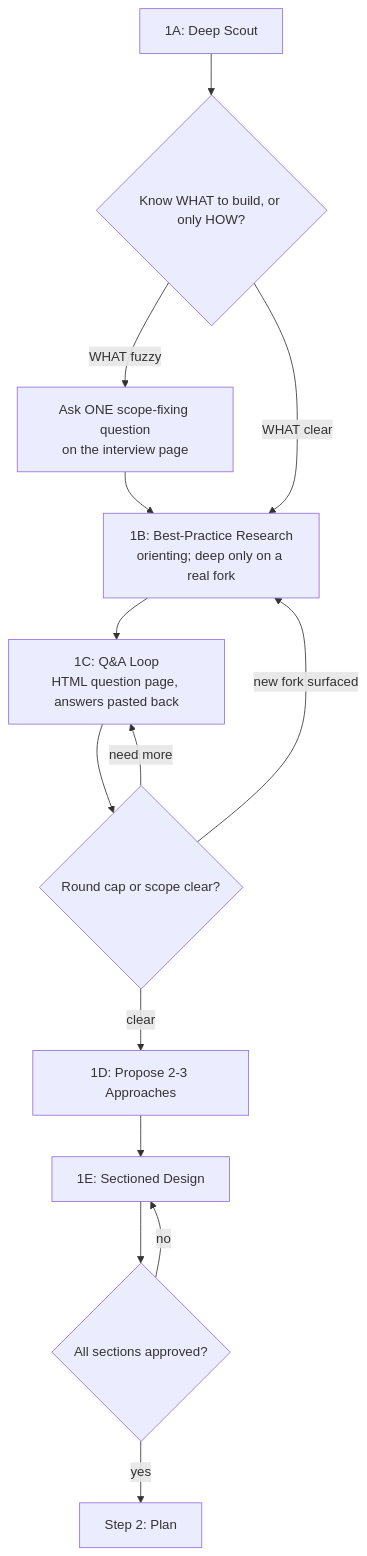
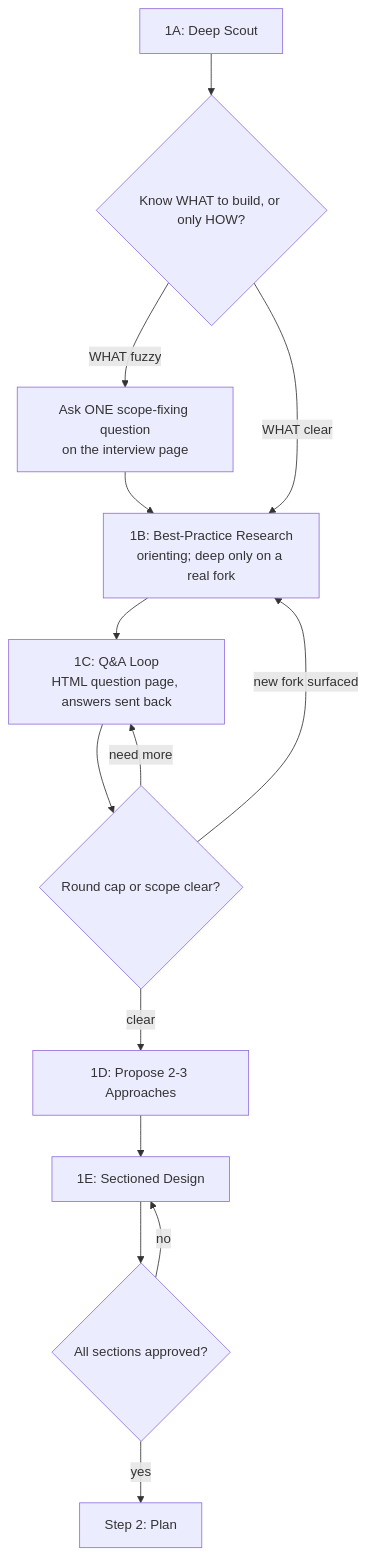
One commit to dphong1995/skills changed the diagram in skills/cook/references/design-phase.md. Above: the diagram before and after it, drawn with Mermaid. The commit also changed other lines of this file and 7 other files, not shown here.

Commit message:
Send interview answers back through a local server, link file paths, add screenshots and wireframe mockups, and style the page with Tailwind

````diff
--- a/skills/cook/references/design-phase.md
+++ b/skills/cook/references/design-phase.md
@@ -45,15 +45,15 @@
 ```mermaid
 flowchart TD
     A[1A: Deep Scout] --> W{Know WHAT to build, or only HOW?}
     W -->|WHAT fuzzy| Q0[Ask ONE scope-fixing question<br/>on the interview page] --> R
     W -->|WHAT clear| R[1B: Best-Practice Research<br/>orienting; deep only on a real fork]
-    R --> B[1C: Q&A Loop<br/>HTML question page, answers pasted back]
+    R --> B[1C: Q&A Loop<br/>HTML question page, answers sent back]
     B --> C{Round cap or scope clear?}
     C -->|need more| B
     C -->|new fork surfaced| R
     C -->|clear| D[1D: Propose 2-3 Approaches]
     D --> E[1E: Sectioned Design]
     E --> F{All sections approved?}
     F -->|no| E
     F -->|yes| G[Step 2: Plan]
 ```
````
